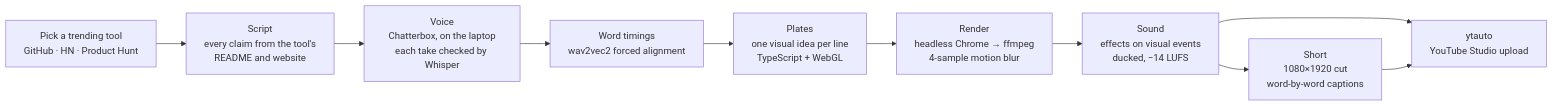
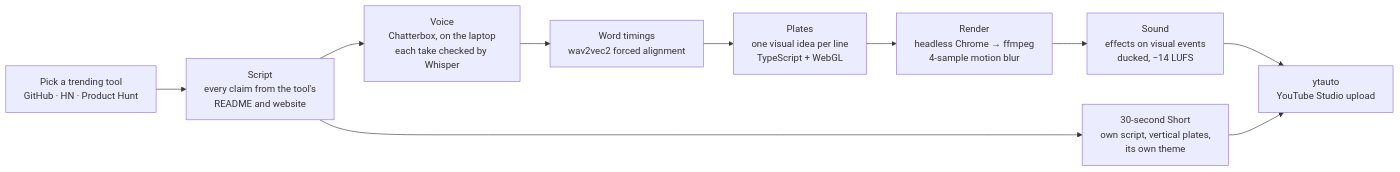
One commit to snowjug/Hermes changed the diagram in README.md. Above: the diagram before and after it, drawn with Mermaid. The commit also changed other lines of this file and 95 other files, not shown here.

First line of the commit message:
Add the disktree video and its native Short; episodes, themes, MIT licence

````diff
--- a/README.md
+++ b/README.md
@@ -25,12 +27,12 @@
 ```mermaid
 flowchart LR
   A["Pick a trending tool<br/>GitHub · HN · Product Hunt"] --> B["Script<br/>every claim from the tool's<br/>README and website"]
   B --> C["Voice<br/>Chatterbox, on the laptop<br/>each take checked by Whisper"]
   C --> D["Word timings<br/>wav2vec2 forced alignment"]
   D --> E["Plates<br/>one visual idea per line<br/>TypeScript + WebGL"]
   E --> F["Render<br/>headless Chrome → ffmpeg<br/>4-sample motion blur"]
   F --> G["Sound<br/>effects on visual events<br/>ducked, −14 LUFS"]
-  G --> H["Short<br/>1080×1920 cut<br/>word-by-word captions"]
   G --> I["ytauto<br/>YouTube Studio upload"]
-  H --> I
+  B --> S["30-second Short<br/>own script, vertical plates,<br/>its own theme"]
+  S --> I
 ```
````
